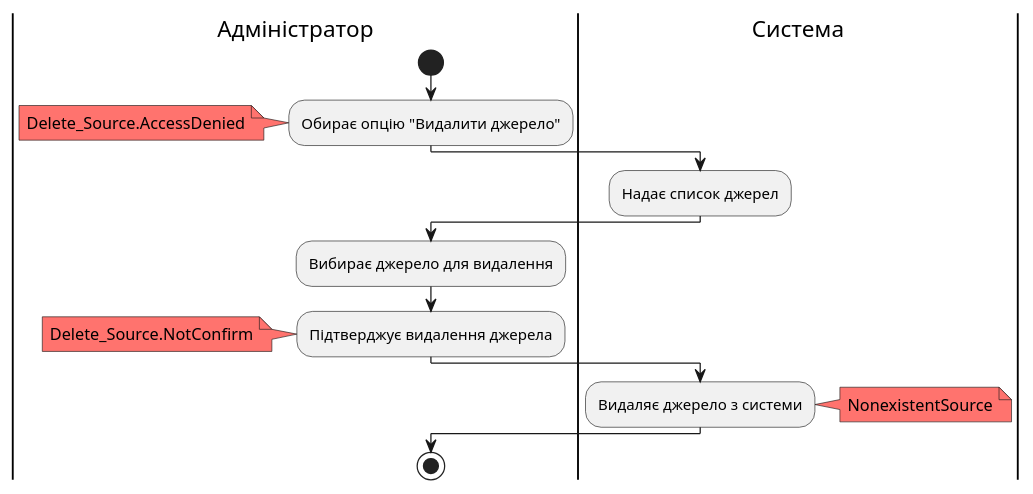
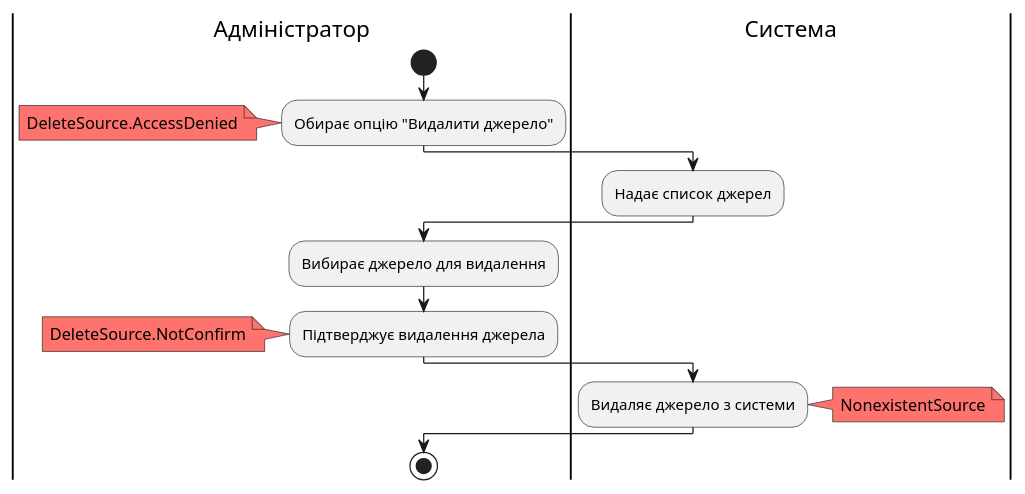
Diagram 16 of 18 in docs/use cases/README.md (nonGratis/retarder-io-23-3-26), drawn with PlantUML before and after one commit. The commit also changed other lines of this file and 4 other files, not shown here.

```diff
--- a/docs/use cases/README.md
+++ b/docs/use cases/README.md
@@ -517,23 +522,23 @@
 @startuml
 |Адміністратор|
     start
     :Обирає опцію "Видалити джерело";
         note left #FF736E
-            Delete_Source.AccessDenied
+            DeleteSource.AccessDenied
         end note
 |Система|
     :Надає список джерел;
 |Адміністратор|
     :Вибирає джерело для видалення;
     :Підтверджує видалення джерела;
         note left #FF736E
-            Delete_Source.NotConfirm
+            DeleteSource.NotConfirm
         end note
 |Система|
     :Видаляє джерело з системи;
         note right #FF736E
             NonexistentSource
         end note
 |Адміністратор|
     stop;
 @enduml
```
